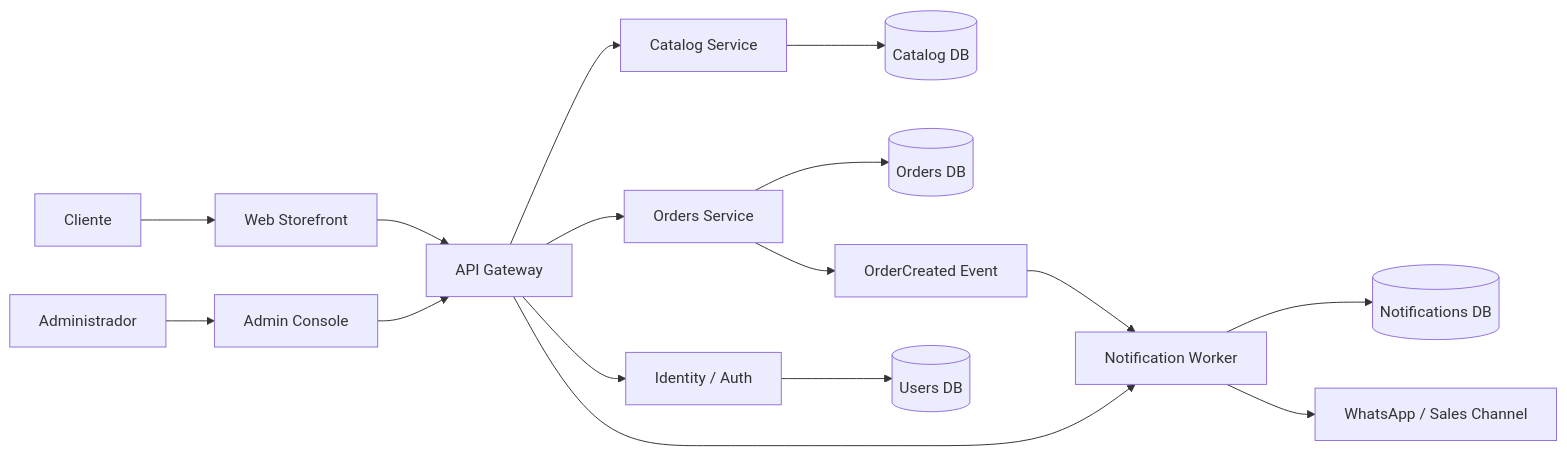
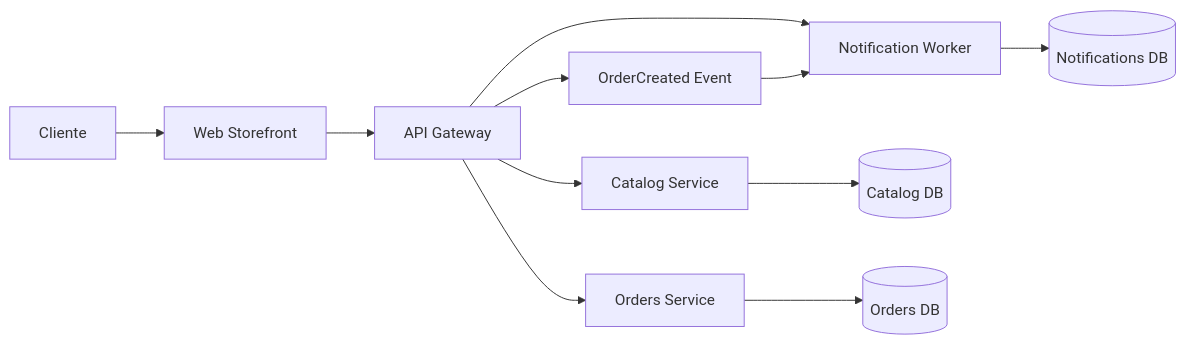
Before and after one commit to HectorARiascosI/mileshop-platform: the diagram in docs/wiki/README.md, drawn with Mermaid. The commit also changed other lines of this file and 25 other files, not shown here.

````diff
--- a/docs/wiki/README.md
+++ b/docs/wiki/README.md
@@ -31,18 +32,13 @@
 ```mermaid
 flowchart LR
     C[Cliente] --> W[Web Storefront]
-    A[Administrador] --> ADM[Admin Console]
     W --> G[API Gateway]
-    ADM --> G
     G --> CAT[Catalog Service]
     G --> ORD[Orders Service]
-    G --> AUTH[Identity / Auth]
     G --> NOT[Notification Worker]
     CAT --> DC[(Catalog DB)]
     ORD --> DO[(Orders DB)]
-    AUTH --> DU[(Users DB)]
     NOT --> DN[(Notifications DB)]
-    ORD --> EV[OrderCreated Event]
+    G --> EV[OrderCreated Event]
     EV --> NOT
-    NOT --> WA[WhatsApp / Sales Channel]
 ```
````
